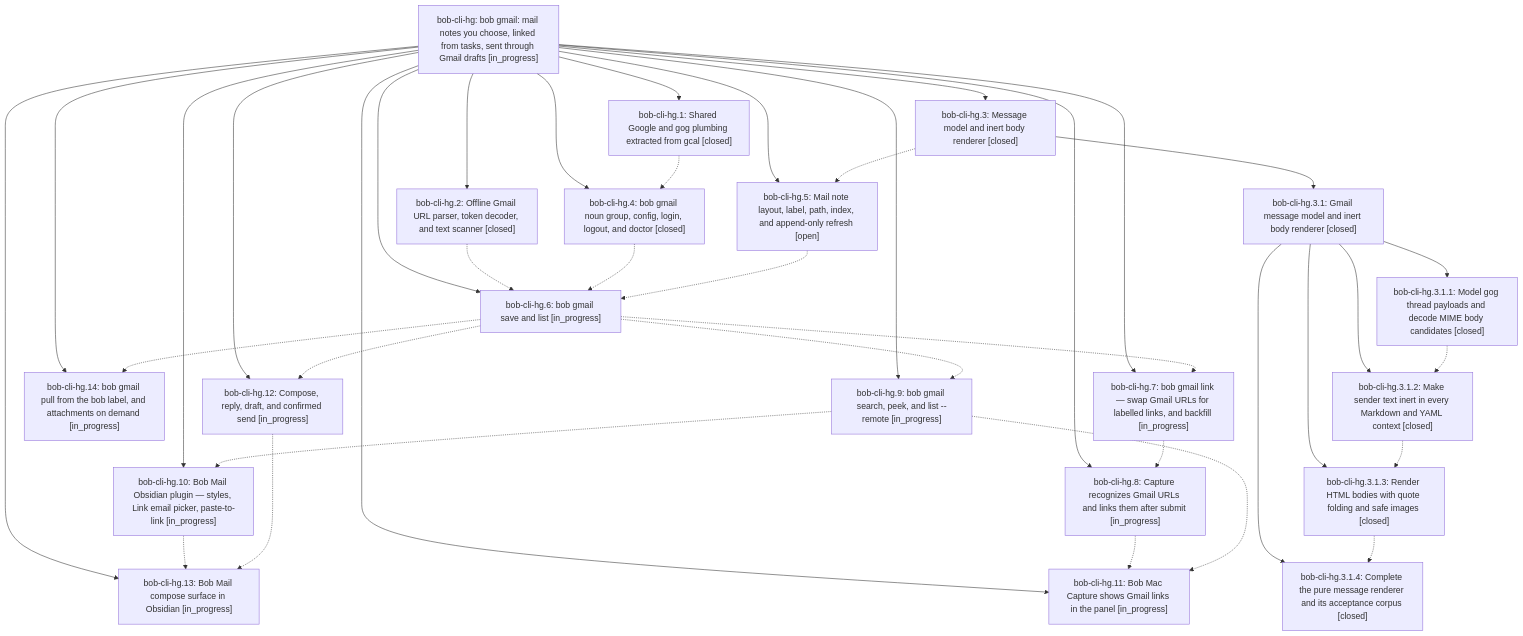
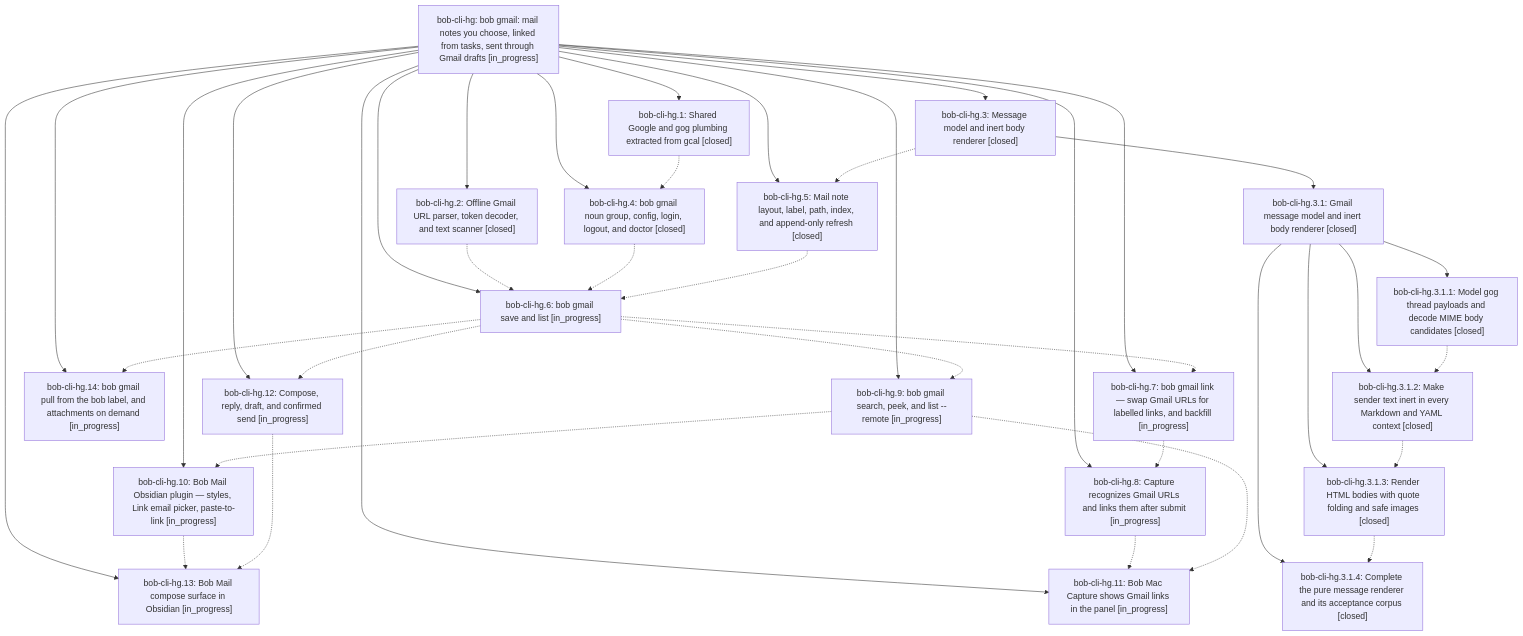
Before and after one commit to bobs-org/bob-cli--beads: the diagram in pages/bob-cli-hg/README.md, drawn with Mermaid. The commit also changed other lines of this file and 4 other files, not shown here.

First line of the commit message:
chore(beads): sync bead state and pages for bob-cli-hg

````diff
--- a/pages/bob-cli-hg/README.md
+++ b/pages/bob-cli-hg/README.md
@@ -55,60 +55,60 @@
 ```mermaid
 flowchart TD
     n0["bob-cli-hg: bob gmail: mail notes you choose, linked from tasks, sent through Gmail drafts [in_progress]"]
     n1["bob-cli-hg.1: Shared Google and gog plumbing extracted from gcal [closed]"]
     n2["bob-cli-hg.10: Bob Mail Obsidian plugin — styles, Link email picker, paste-to-link [in_progress]"]
     n3["bob-cli-hg.11: Bob Mac Capture shows Gmail links in the panel [in_progress]"]
     n4["bob-cli-hg.12: Compose, reply, draft, and confirmed send [in_progress]"]
     n5["bob-cli-hg.13: Bob Mail compose surface in Obsidian [in_progress]"]
     n6["bob-cli-hg.14: bob gmail pull from the bob label, and attachments on demand [in_progress]"]
     n7["bob-cli-hg.2: Offline Gmail URL parser, token decoder, and text scanner [closed]"]
     n8["bob-cli-hg.3: Message model and inert body renderer [closed]"]
     n9["bob-cli-hg.3.1: Gmail message model and inert body renderer [closed]"]
     n10["bob-cli-hg.3.1.1: Model gog thread payloads and decode MIME body candidates [closed]"]
     n11["bob-cli-hg.3.1.2: Make sender text inert in every Markdown and YAML context [closed]"]
     n12["bob-cli-hg.3.1.3: Render HTML bodies with quote folding and safe images [closed]"]
     n13["bob-cli-hg.3.1.4: Complete the pure message renderer and its acceptance corpus [closed]"]
     n14["bob-cli-hg.4: bob gmail noun group, config, login, logout, and doctor [closed]"]
-    n15["bob-cli-hg.5: Mail note layout, label, path, index, and append-only refresh [open]"]
+    n15["bob-cli-hg.5: Mail note layout, label, path, index, and append-only refresh [closed]"]
     n16["bob-cli-hg.6: bob gmail save and list [in_progress]"]
     n17["bob-cli-hg.7: bob gmail link — swap Gmail URLs for labelled links, and backfill [in_progress]"]
     n18["bob-cli-hg.8: Capture recognizes Gmail URLs and links them after submit [in_progress]"]
     n19["bob-cli-hg.9: bob gmail search, peek, and list --remote [in_progress]"]
     n0 --> n1
     n0 --> n2
     n0 --> n3
     n0 --> n4
     n0 --> n5
     n0 --> n6
     n0 --> n7
     n0 --> n8
     n8 --> n9
     n9 --> n10
     n9 --> n11
     n9 --> n12
     n9 --> n13
     n0 --> n14
     n0 --> n15
     n0 --> n16
     n0 --> n17
     n0 --> n18
     n0 --> n19
     n1 -.-> n14
     n2 -.-> n5
     n4 -.-> n5
     n7 -.-> n16
     n8 -.-> n15
     n10 -.-> n11
     n11 -.-> n12
     n12 -.-> n13
     n14 -.-> n16
     n15 -.-> n16
     n16 -.-> n4
     n16 -.-> n6
     n16 -.-> n17
     n16 -.-> n19
     n17 -.-> n18
     n18 -.-> n3
     n19 -.-> n2
     n19 -.-> n3
 ```
````
